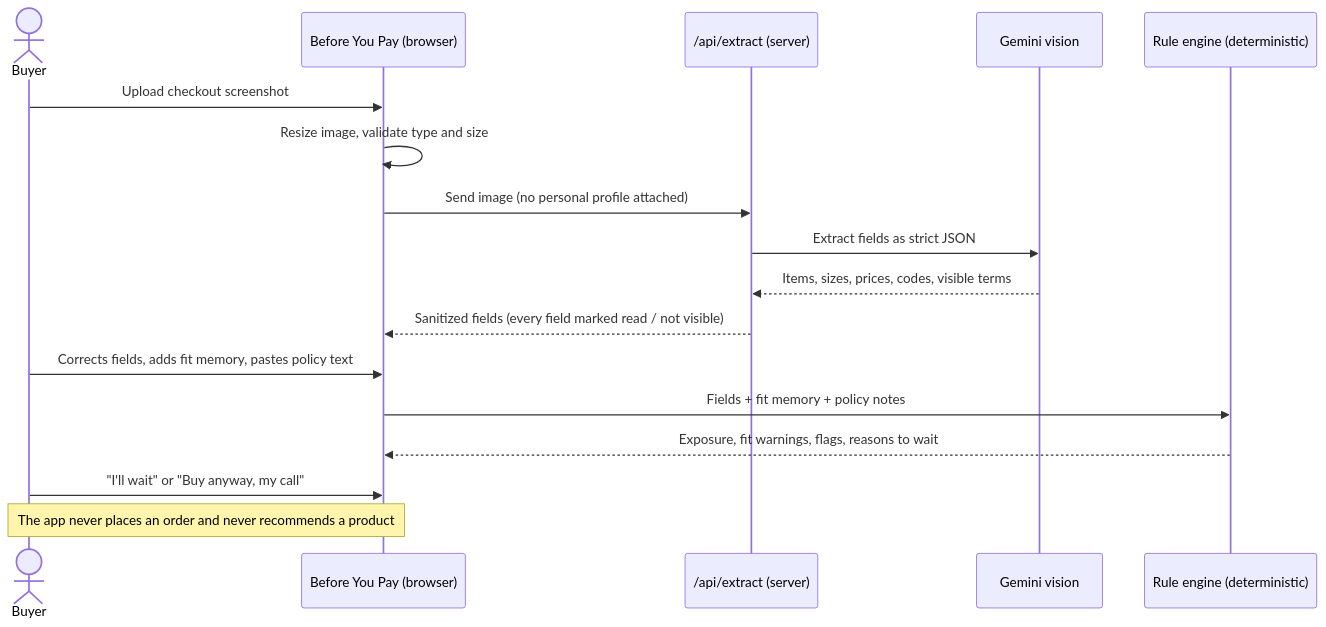
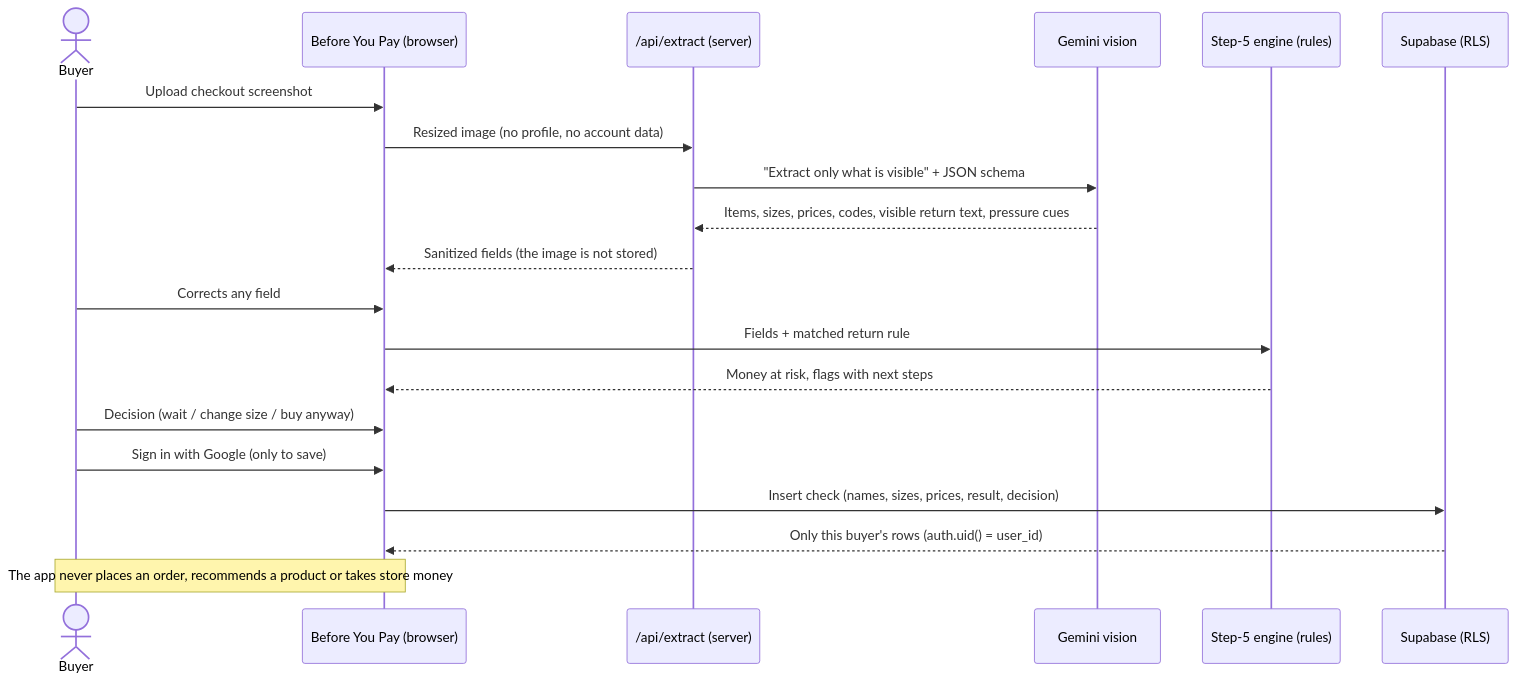
The second of 2 diagrams in docs/PACKET.md (KaromBuilds/before-you-pay), drawn with Mermaid before and after one commit. The commit also changed other lines of this file and 8 other files, not shown here.

Commit message:
Week 12: charter, personas, packet, implementation prompt and mockup before code; archive Week 10 docs

````diff
--- a/docs/PACKET.md
+++ b/docs/PACKET.md
@@ -63,19 +57,22 @@
 ```mermaid
 sequenceDiagram
     actor Buyer
     participant App as Before You Pay (browser)
     participant API as /api/extract (server)
     participant AI as Gemini vision
-    participant Rules as Rule engine (deterministic)
+    participant Engine as Step-5 engine (rules)
+    participant DB as Supabase (RLS)
     Buyer->>App: Upload checkout screenshot
-    App->>App: Resize image, validate type and size
-    App->>API: Send image (no personal profile attached)
-    API->>AI: Extract fields as strict JSON
-    AI-->>API: Items, sizes, prices, codes, visible terms
-    API-->>App: Sanitized fields (every field marked read / not visible)
-    Buyer->>App: Corrects fields, adds fit memory, pastes policy text
-    App->>Rules: Fields + fit memory + policy notes
-    Rules-->>App: Exposure, fit warnings, flags, reasons to wait
-    Buyer->>App: "I'll wait" or "Buy anyway, my call"
-    Note over App,Buyer: The app never places an order and never recommends a product
+    App->>API: Resized image (no profile, no account data)
+    API->>AI: "Extract only what is visible" + JSON schema
+    AI-->>API: Items, sizes, prices, codes, visible return text, pressure cues
+    API-->>App: Sanitized fields (the image is not stored)
+    Buyer->>App: Corrects any field
+    App->>Engine: Fields + matched return rule
+    Engine-->>App: Money at risk, flags with next steps
+    Buyer->>App: Decision (wait / change size / buy anyway)
+    Buyer->>App: Sign in with Google (only to save)
+    App->>DB: Insert check (names, sizes, prices, result, decision)
+    DB-->>App: Only this buyer's rows (auth.uid() = user_id)
+    Note over App,Buyer: The app never places an order, recommends a product or takes store money
 ```
````
